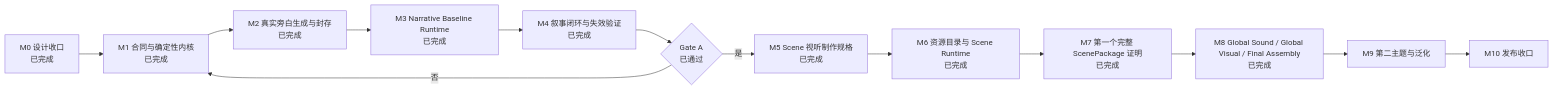
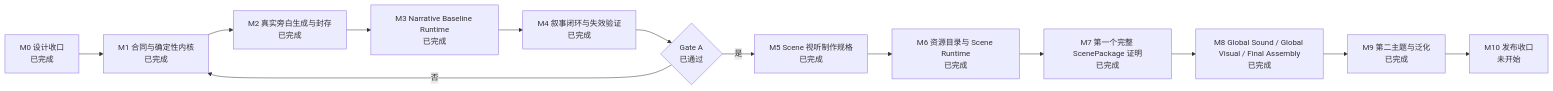
One commit to AXMORF/axmorf-studio changed the diagram in docs/ROADMAP.md. Above: the diagram before and after it, drawn with Mermaid. The commit also changed other lines of this file and 28 other files, not shown here.

````diff
--- a/docs/ROADMAP.md
+++ b/docs/ROADMAP.md
@@ -49,15 +51,15 @@
 ```mermaid
 flowchart LR
     M0["M0 设计收口<br/>已完成"] --> M1["M1 合同与确定性内核<br/>已完成"]
     M1 --> M2["M2 真实旁白生成与封存<br/>已完成"]
     M2 --> M3["M3 Narrative Baseline Runtime<br/>已完成"]
     M3 --> M4["M4 叙事闭环与失效验证<br/>已完成"]
     M4 --> G1{"Gate A<br/>已通过"}
     G1 -->|"是"| M5["M5 Scene 视听制作规格<br/>已完成"]
     G1 -->|"否"| M1
     M5 --> M6["M6 资源目录与 Scene Runtime<br/>已完成"]
     M6 --> M7["M7 第一个完整 ScenePackage 证明<br/>已完成"]
     M7 --> M8["M8 Global Sound / Global Visual / Final Assembly<br/>已完成"]
-    M8 --> M9["M9 第二主题与泛化"]
-    M9 --> M10["M10 发布收口"]
+    M8 --> M9["M9 第二主题与泛化<br/>已完成"]
+    M9 --> M10["M10 发布收口<br/>未开始"]
 ```
````
